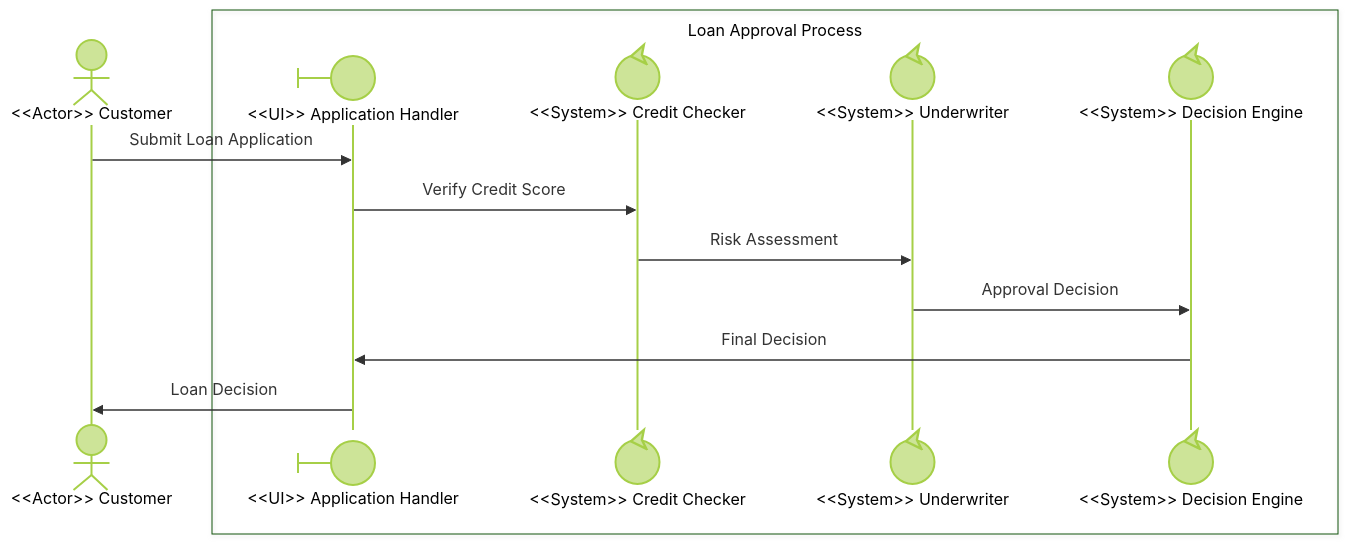
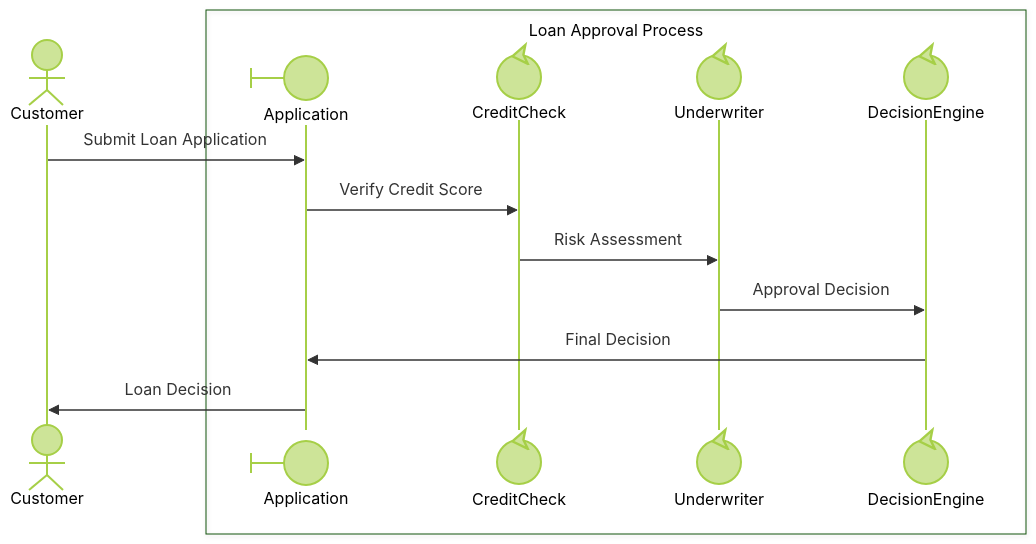
Before and after one commit to zhongadamwang/AI_Slowcooker: the fourth of 9 diagrams in OrgDocument/projects/03 - Building Skills Iteration 2/artifacts/Analysis/boundary-concepts.md, drawn with Mermaid (forest theme). The commit also changed other lines of this file and 6 other files, not shown here.

````diff
--- a/OrgDocument/projects/03 - Building Skills Iteration 2/artifacts/Analysis/boundary-concepts.md
+++ b/OrgDocument/projects/03 - Building Skills Iteration 2/artifacts/Analysis/boundary-concepts.md
@@ -125,18 +125,18 @@
 ```mermaid
 sequenceDiagram
-    participant Customer@{ "type" : "actor" } as <<Actor>> Customer
+    participant Customer@{ "type": "actor", "label": "<<Actor>> Customer" }
     
     box Loan Approval Process
-        participant Application@{ "type" : "boundary" } as <<UI>> Application Handler
-        participant CreditCheck@{ "type" : "control" } as <<System>> Credit Checker
-        participant Underwriter@{ "type" : "control" } as <<System>> Underwriter
-        participant DecisionEngine@{ "type" : "control" } as <<System>> Decision Engine
+        participant Application@{ "type": "boundary", "label": "<<UI>> Application Handler" }
+        participant CreditCheck@{ "type": "control", "label": "<<System>> Credit Checker" }
+        participant Underwriter@{ "type": "control", "label": "<<System>> Underwriter" }
+        participant DecisionEngine@{ "type": "control", "label": "<<System>> Decision Engine" }
     end
     
     Customer->>Application: Submit Loan Application
     Application->>CreditCheck: Verify Credit Score
     CreditCheck->>Underwriter: Risk Assessment
     Underwriter->>DecisionEngine: Approval Decision
     DecisionEngine->>Application: Final Decision
     Application->>Customer: Loan Decision
 ```
````
